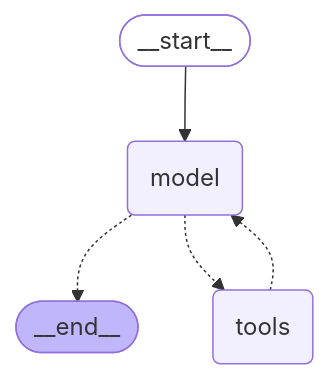
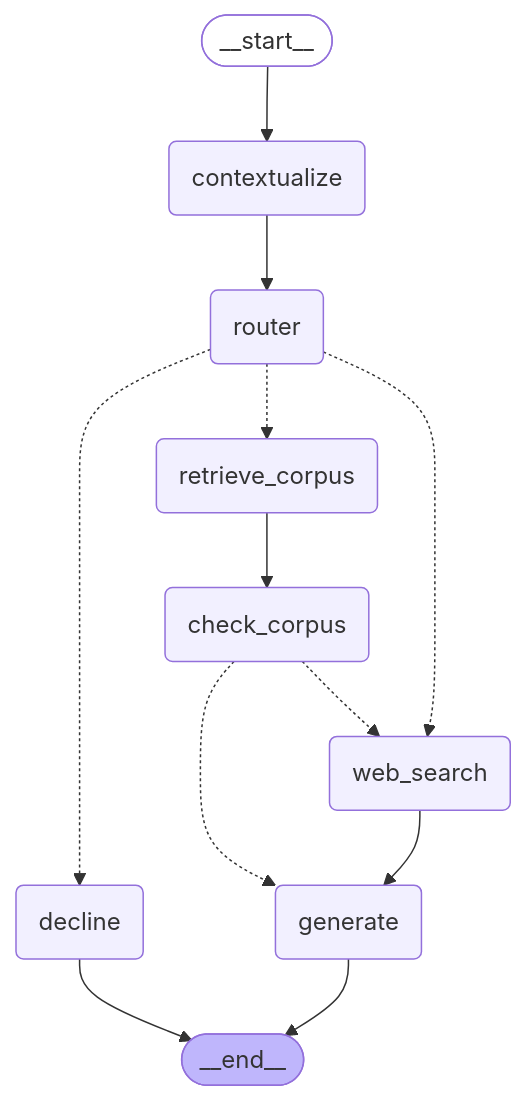
One commit to Francisco-J-Gomez/ai-code-assistant-self-reflective changed the diagram in README.md. Above: the diagram before and after it, drawn with Mermaid. The commit also changed other lines of this file and 1 other file, not shown here.

First line of the commit message:
Update READMEs for the Phase 2 graph

````diff
--- a/README.md
+++ b/README.md
@@ -51,14 +55,26 @@
 ```mermaid
 graph TD;
 	__start__([<p>__start__</p>]):::first
-	model(model)
-	tools(tools)
+	contextualize(contextualize)
+	router(router)
+	decline(decline)
+	retrieve_corpus(retrieve_corpus)
+	check_corpus(check_corpus)
+	web_search(web_search)
+	generate(generate)
 	__end__([<p>__end__</p>]):::last
-	__start__ --> model;
-	model -.-> __end__;
-	model -.-> tools;
-	tools -.-> model;
+	__start__ --> contextualize;
+	check_corpus -.-> generate;
+	check_corpus -.-> web_search;
+	contextualize --> router;
+	retrieve_corpus --> check_corpus;
+	router -.-> decline;
+	router -.-> retrieve_corpus;
+	router -.-> web_search;
+	web_search --> generate;
+	decline --> __end__;
+	generate --> __end__;
 	classDef default fill:#f2f0ff,line-height:1.2
 	classDef first fill-opacity:0
 	classDef last fill:#bfb6fc
 ```
````
